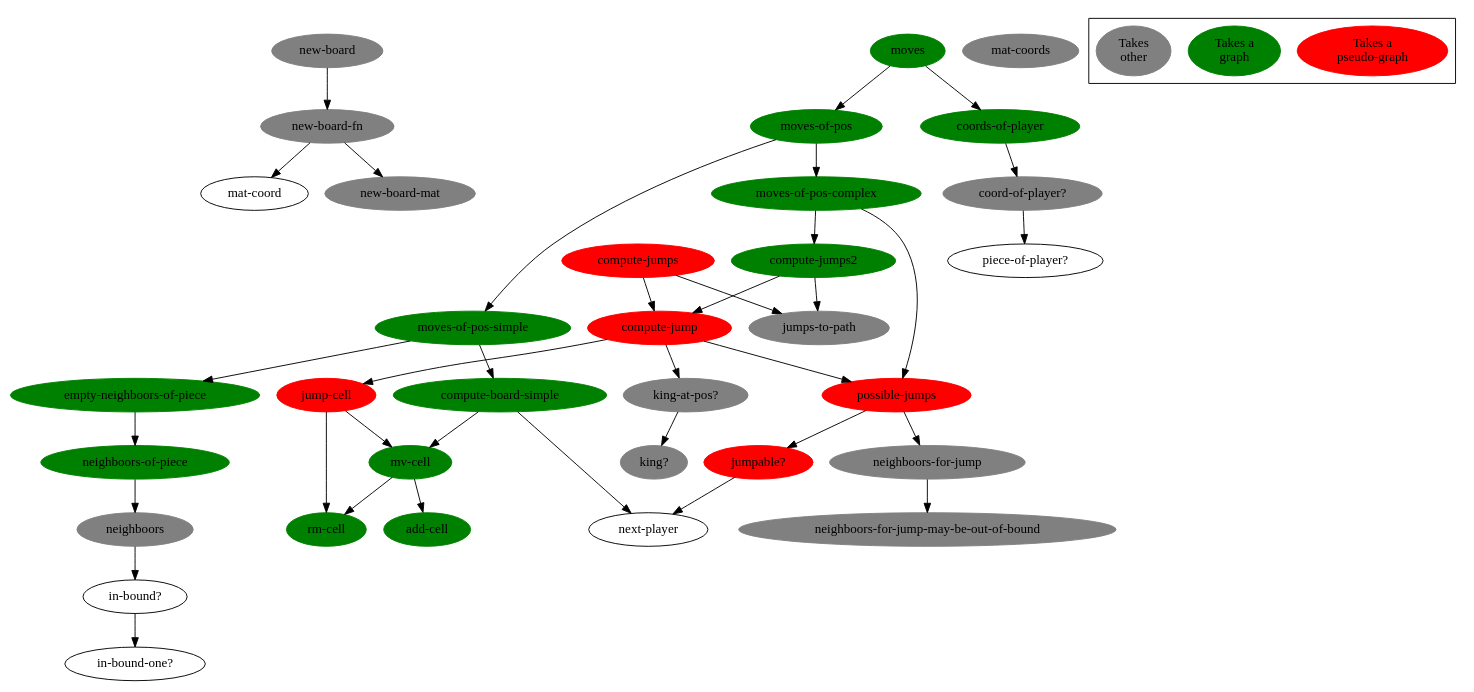
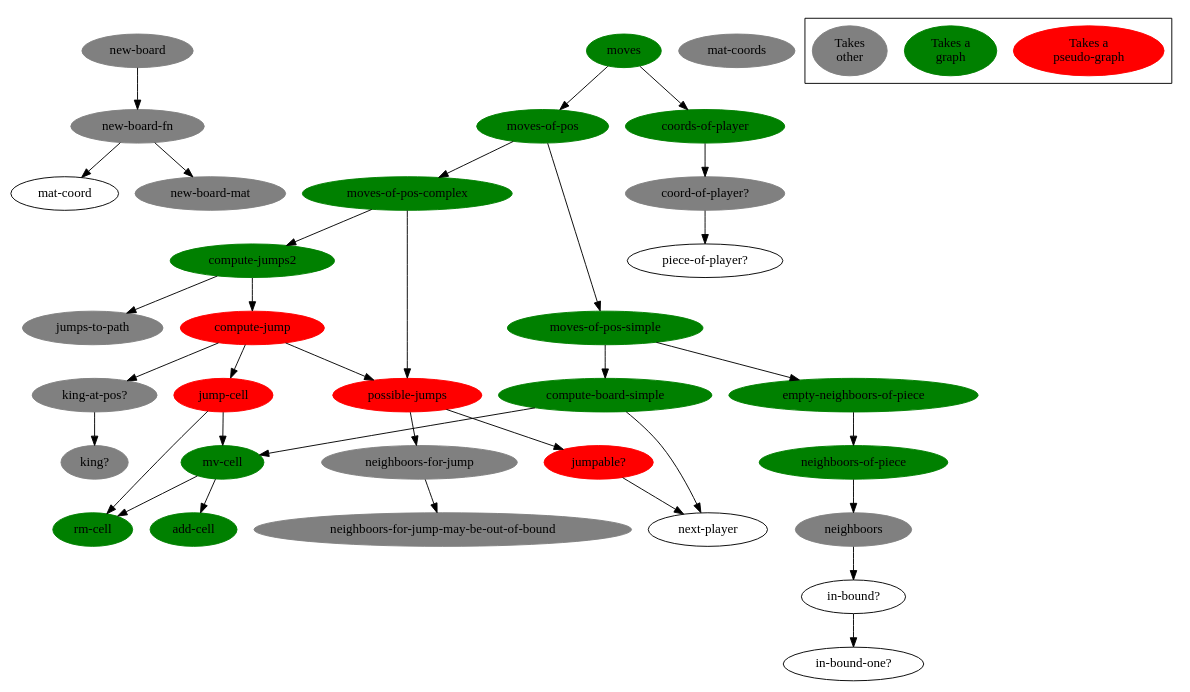
Before and after one commit to denlab/clojure-plays-checkers: the diagram in doc/function-graph-detailled.dot, drawn with Graphviz. The commit also changed 1 other file, not shown here.

Commit message:
refacto-in-progress: removed compute-jumps

```diff
--- a/doc/function-graph-detailled.dot
+++ b/doc/function-graph-detailled.dot
@@ -1,116 +1,112 @@
 digraph funtions {
 
 /******************************************************************************
  *                         edges                                              *         
  ******************************************************************************/
 
         "new-board-fn" -> "mat-coord";
         "new-board-fn" -> "new-board-mat";
         
         "new-board" -> "new-board-fn";
 
         "in-bound?" -> "in-bound-one?";
 
         "neighboors" -> "in-bound?";
 
         "neighboors-of-piece" -> "neighboors";
 
         "empty-neighboors-of-piece" -> "neighboors-of-piece";
 
         "mv-cell" -> "rm-cell";
         "mv-cell" -> "add-cell";
 
         "compute-board-simple" -> "mv-cell";
         "compute-board-simple" -> "next-player";
 
         "moves-of-pos-simple" -> "compute-board-simple";
         "moves-of-pos-simple" ->  "empty-neighboors-of-piece";
         
         "neighboors-for-jump" -> "neighboors-for-jump-may-be-out-of-bound";
 
         "jumpable?" -> "next-player";
 
         "possible-jumps" -> "jumpable?";
         "possible-jumps" -> "neighboors-for-jump";
 
         "jump-cell" -> "rm-cell";
         "jump-cell" -> "mv-cell";
 
         "king-at-pos?" -> "king?";
 
         "compute-jump" -> "jump-cell";
         "compute-jump" -> "possible-jumps";
         "compute-jump" -> "king-at-pos?";
 
-        "compute-jumps" -> "compute-jump";
-        "compute-jumps" -> "jumps-to-path";
-
         "compute-jumps2" -> "compute-jump";
         "compute-jumps2" -> "jumps-to-path";
 
         "moves-of-pos-complex" -> "compute-jumps2";
         "moves-of-pos-complex" -> "possible-jumps";
 
         "moves-of-pos" -> "moves-of-pos-simple";
         "moves-of-pos" -> "moves-of-pos-complex";
 
         "coord-of-player?" -> "piece-of-player?";
 
         "coords-of-player" -> "coord-of-player?";
 
         "moves" -> "moves-of-pos";
         "moves" -> "coords-of-player";
 
 /******************************************************************************
  *                         nodes                                              *         
  ******************************************************************************/
 
         "moves"[bgcolor=green color=green style=filled];
         "coords-of-player"[bgcolor=green color=green style=filled];
         "moves-of-pos"[bgcolor=green color=green style=filled];
         "moves-of-pos-complex"[bgcolor=green color=green style=filled];
         "moves-of-pos-simple"[bgcolor=green color=green style=filled];
         "compute-board-simple"[bgcolor=green color=green style=filled];
         "mv-cell"[bgcolor=green color=green style=filled];
         "add-cell"[bgcolor=green color=green style=filled];
         "rm-cell"[bgcolor=green color=green style=filled];
         "empty-neighboors-of-piece"[bgcolor=green color=green style=filled];
         "neighboors-of-piece"[bgcolor=green color=green style=filled];
 
-        "compute-jumps"[bgcolor=red color=red style=filled];
         "compute-jump"[bgcolor=red color=red style=filled];
         "jump-cell"[bgcolor=red color=red style=filled];
         "possible-jumps"[bgcolor=red color=red style=filled];
         "jumpable?"[bgcolor=red color=red style=filled];
 
         "coord-of-player?"[bgcolor=grey color=grey style=filled];
         "jumps-to-path"[bgcolor=grey color=grey style=filled];
         "king-at-pos?"[bgcolor=grey color=grey style=filled];
         "king?"[bgcolor=grey color=grey style=filled];
         "neighboors-for-jump"[bgcolor=grey color=grey style=filled];
         "neighboors-for-jump-may-be-out-of-bound"[bgcolor=grey color=grey style=filled];
         "neighboors"[bgcolor=grey color=grey style=filled];
         "new-board"[bgcolor=grey color=grey style=filled];
         "new-board-fn"[bgcolor=grey color=grey style=filled];
         "new-board-mat"[bgcolor=grey color=grey style=filled];
         "mat-coords"[bgcolor=grey color=grey style=filled];
 
 
         "compute-jumps2"[bgcolor=green color=green style=filled];
 
 /******************************************************************************
  *                         legend                                             *         
  ******************************************************************************/
 
         "Takes a\npseudo-graph"[bgcolor=red color=red style=filled];
         "Takes a\ngraph"[bgcolor=green color=green style=filled];
 //        "Takes\nother"[bgcolor="#94003f" color="#94003f" style=filled];
         "Takes\nother"[bgcolor=grey color=grey style=filled];
 
         subgraph "cluster-legend" {
                 "Takes a\npseudo-graph";
                 "Takes a\ngraph";
                 "Takes\nother";
         }
 
 }
```
